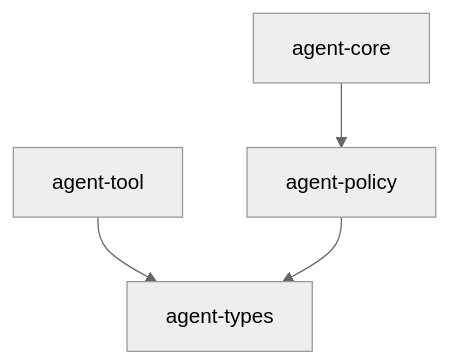
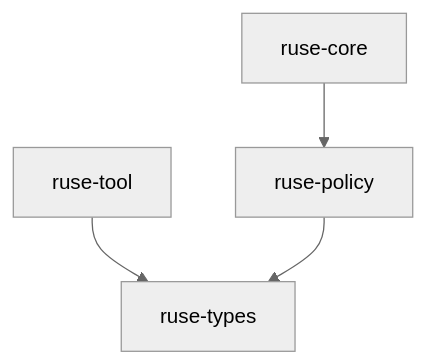
Before and after one commit to poneding/agent: the diagram in docs/specs/M02-02-policy-engine.spec.md, drawn with Mermaid (neutral theme). The commit also changed other lines of this file and 2091 other files, not shown here.

First line of the commit message:
refactor: rename agent branding to ruse

````diff
--- a/docs/specs/M02-02-policy-engine.spec.md
+++ b/docs/specs/M02-02-policy-engine.spec.md
@@ -34,6 +34,6 @@
 ```mermaid
 flowchart TD
-  agent_core["agent-core"] --> agent_policy["agent-policy"]
-  agent_tool["agent-tool"] --> agent_types["agent-types"]
-  agent_policy --> agent_types
+  ruse_core["ruse-core"] --> ruse_policy["ruse-policy"]
+  ruse_tool["ruse-tool"] --> ruse_types["ruse-types"]
+  ruse_policy --> ruse_types
 ```
````
